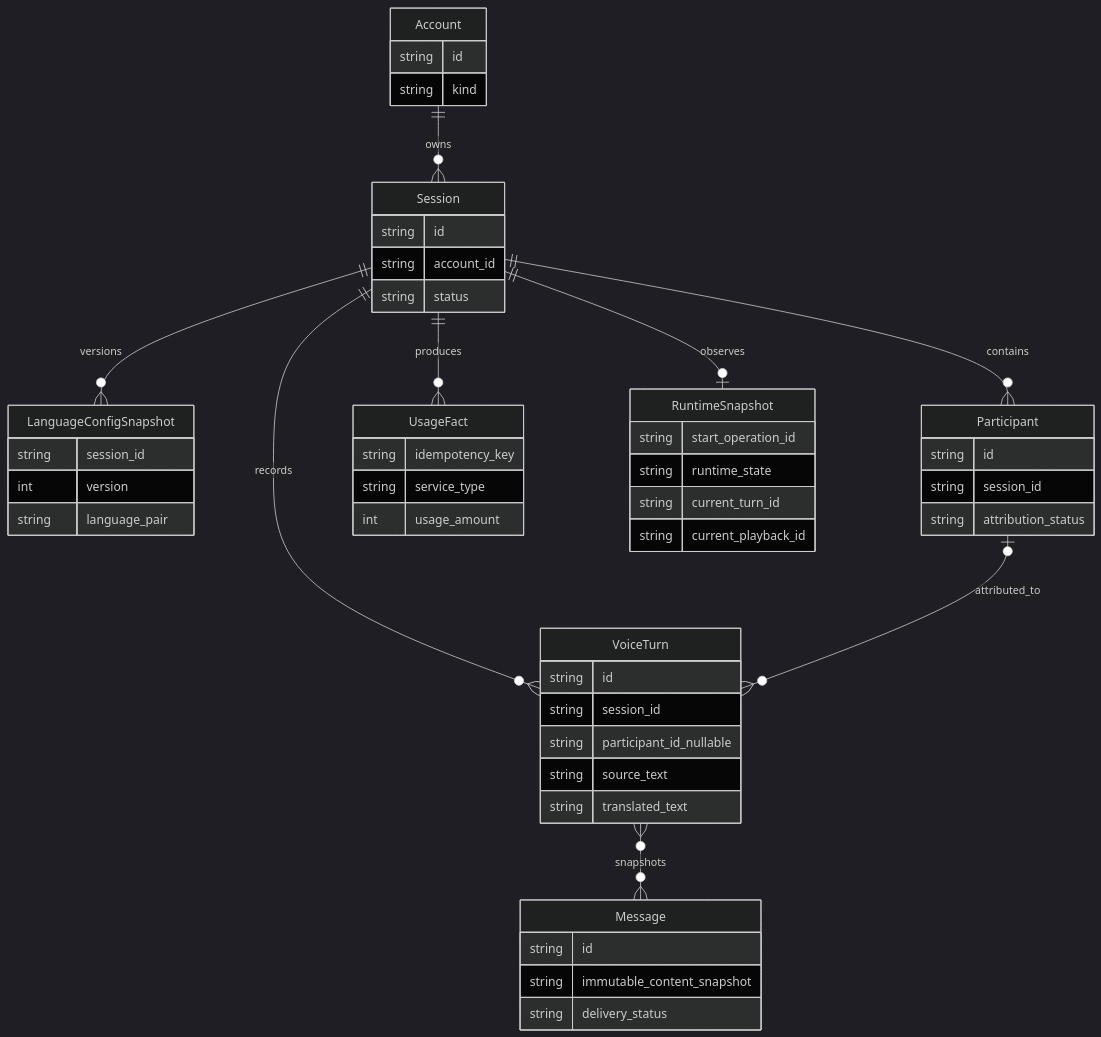
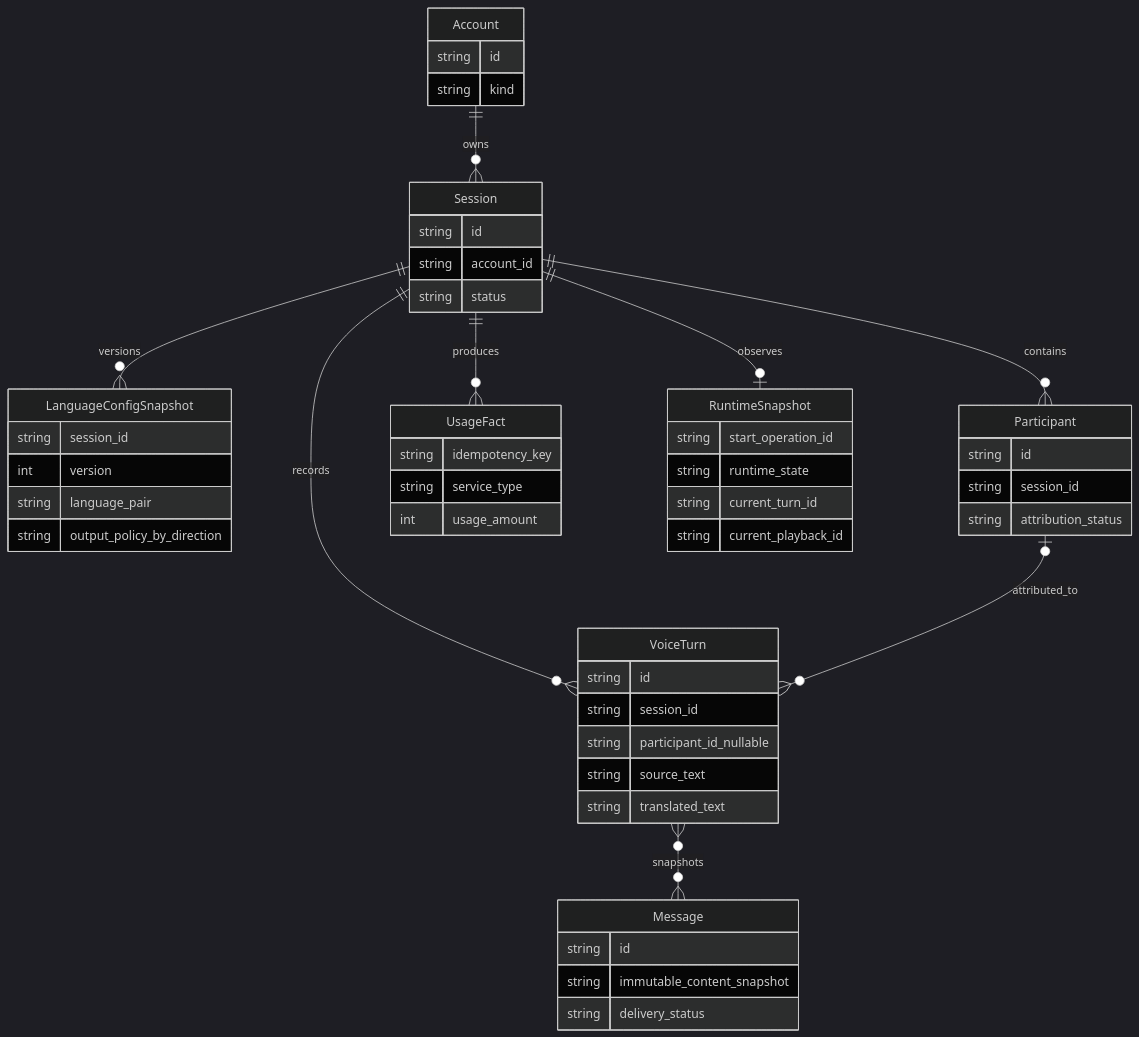
The second of 3 diagrams in docs/ARCHITECTURE.md (1024XEngineer/xe6-tsy), drawn with Mermaid (dark theme) before and after one commit. The commit also changed other lines of this file, not shown here.

Commit message:
docs(architecture): describe directional translation output

````diff
--- a/docs/ARCHITECTURE.md
+++ b/docs/ARCHITECTURE.md
@@ -133,54 +133,55 @@
 ```mermaid
 erDiagram
     Account ||--o{ Session : owns
     Session ||--o{ LanguageConfigSnapshot : versions
     Session ||--o{ Participant : contains
     Session ||--o{ VoiceTurn : records
     Participant o|--o{ VoiceTurn : attributed_to
     Session ||--o{ UsageFact : produces
     Session ||--o| RuntimeSnapshot : observes
     VoiceTurn }o--o{ Message : snapshots
 
     Account {
         string id
         string kind
     }
     Session {
         string id
         string account_id
         string status
     }
     LanguageConfigSnapshot {
         string session_id
         int version
         string language_pair
+        string output_policy_by_direction
     }
     Participant {
         string id
         string session_id
         string attribution_status
     }
     VoiceTurn {
         string id
         string session_id
         string participant_id_nullable
         string source_text
         string translated_text
     }
     UsageFact {
         string idempotency_key
         string service_type
         int usage_amount
     }
     RuntimeSnapshot {
         string start_operation_id
         string runtime_state
         string current_turn_id
         string current_playback_id
     }
     Message {
         string id
         string immutable_content_snapshot
         string delivery_status
     }
 ```
````
